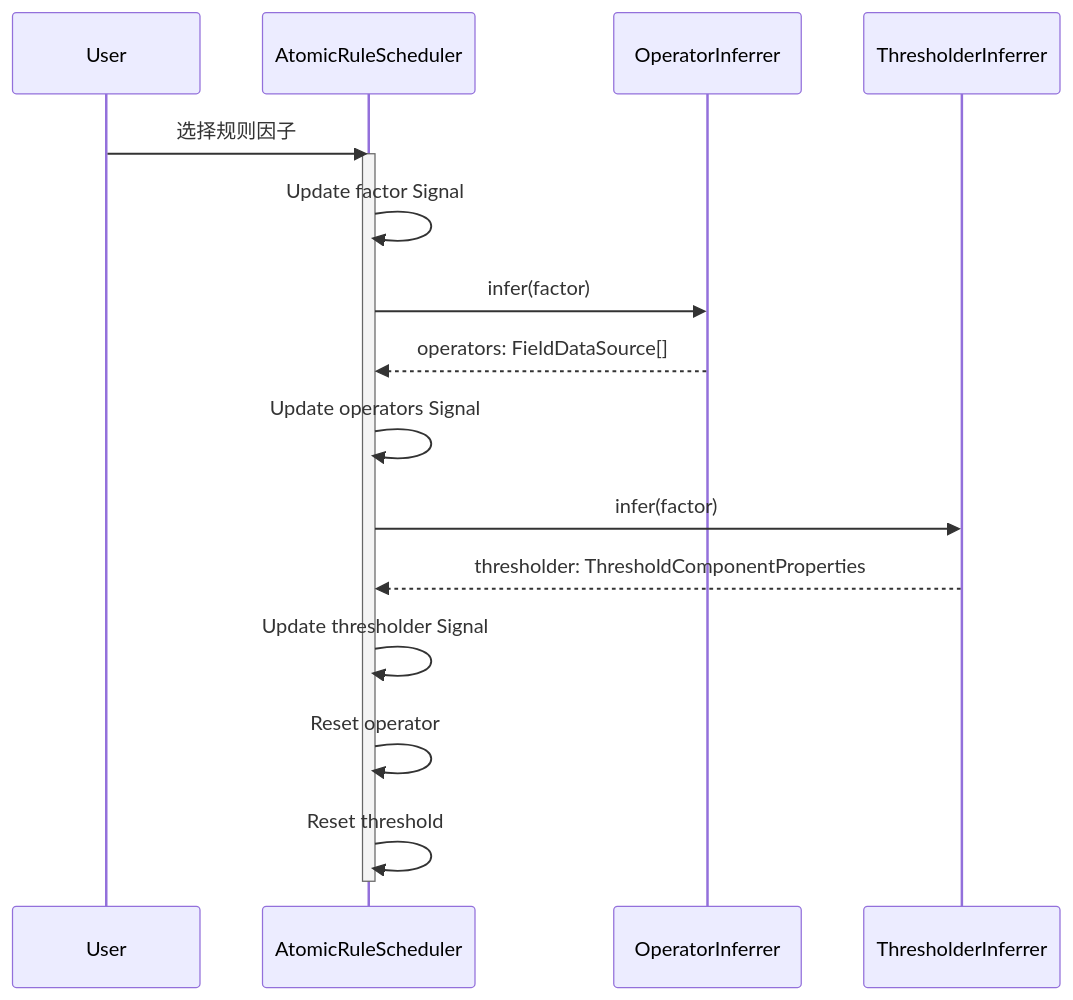
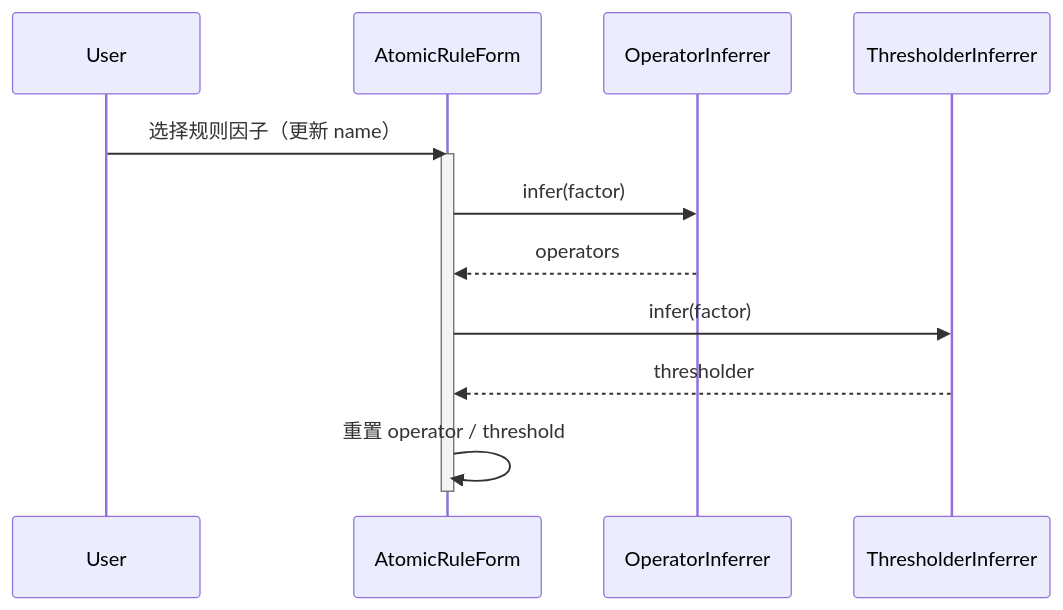
The third of 5 diagrams in specs/core/spec.md (huang-xiao-jian/themis), drawn with Mermaid before and after one commit. The commit also changed other lines of this file, not shown here.

First line of the commit message:
docs(core): redesign scheduler with state control and form extraction

````diff
--- a/specs/core/spec.md
+++ b/specs/core/spec.md
@@ -429,20 +503,16 @@
 ```mermaid
 sequenceDiagram
   participant U as User
-  participant S as AtomicRuleScheduler
+  participant FM as AtomicRuleForm
   participant OI as OperatorInferrer
   participant TI as ThresholderInferrer
 
-  U->>S: 选择规则因子
-  activate S
-  S->>S:  Update factor Signal
-  S->>OI: infer(factor)
-  OI-->>S: operators: FieldDataSource[]
-  S->>S: Update operators Signal
-  S->>TI: infer(factor)
-  TI-->>S: thresholder: ThresholdComponentProperties
-  S->>S: Update thresholder Signal
-  S->>S: Reset operator
-  S->>S: Reset threshold
-  deactivate S
+  U->>FM: 选择规则因子（更新 name）
+  activate FM
+  FM->>OI: infer(factor)
+  OI-->>FM: operators
+  FM->>TI: infer(factor)
+  TI-->>FM: thresholder
+  FM->>FM: 重置 operator / threshold
+  deactivate FM
 ```
````
